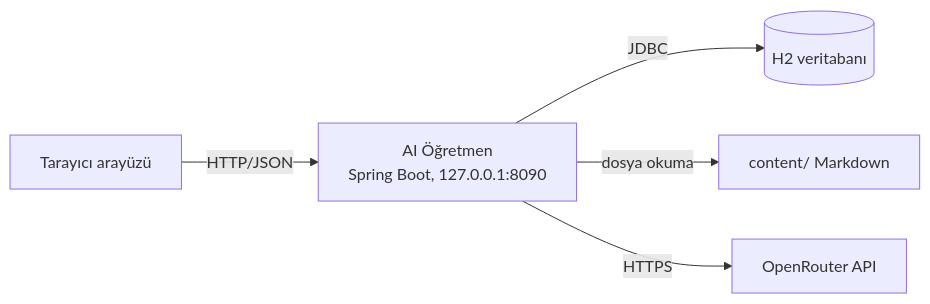
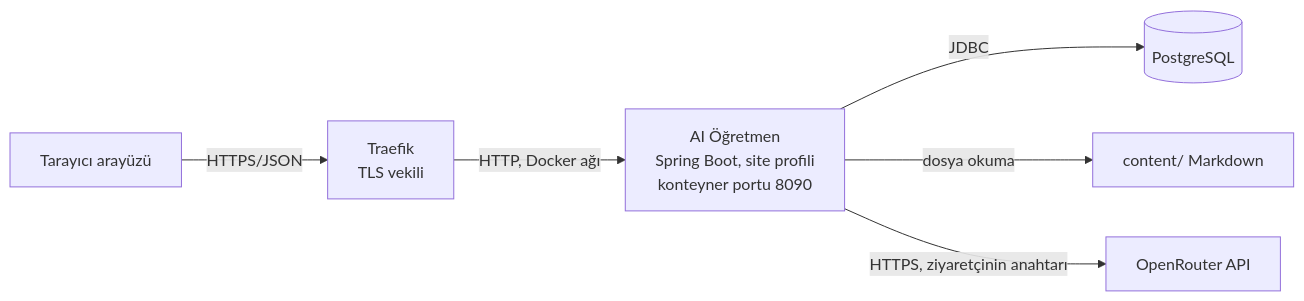
The diagram in content/hafta-06/gun-4.md (denizaydogdu/sokratai.tech), drawn with Mermaid before and after one commit. The commit also changed other lines of this file and 118 other files, not shown here.

````diff
--- a/content/hafta-06/gun-4.md
+++ b/content/hafta-06/gun-4.md
@@ -23,7 +23,8 @@
 ```mermaid
 flowchart LR
-  T[Tarayıcı arayüzü] -->|HTTP/JSON| S[AI Öğretmen<br/>Spring Boot, 127.0.0.1:8090]
-  S -->|JDBC| DB[(H2 veritabanı)]
+  T[Tarayıcı arayüzü] -->|HTTPS/JSON| TR[Traefik<br/>TLS vekili]
+  TR -->|HTTP, Docker ağı| S[AI Öğretmen<br/>Spring Boot, site profili<br/>konteyner portu 8090]
+  S -->|JDBC| DB[(PostgreSQL)]
   S -->|dosya okuma| C[content/ Markdown]
-  S -->|HTTPS| OR[OpenRouter API]
+  S -->|HTTPS, ziyaretçinin anahtarı| OR[OpenRouter API]
 ```
````
